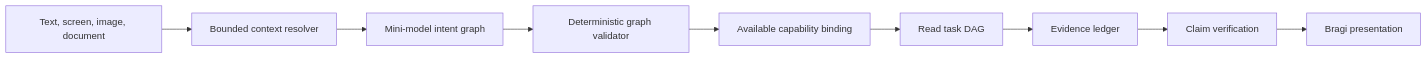
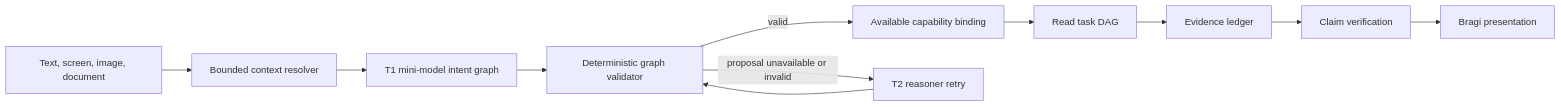
The diagram in docs/roadmap/interfaces/hierarchical-conversation-planning-ko.md (dotnetpower/fdai), drawn with Mermaid before and after one commit. The commit also changed other lines of this file and 12 other files, not shown here.

````diff
--- a/docs/roadmap/interfaces/hierarchical-conversation-planning-ko.md
+++ b/docs/roadmap/interfaces/hierarchical-conversation-planning-ko.md
@@ -20,11 +20,13 @@
 ```mermaid
 flowchart LR
     INPUT[Text, screen, image, document] --> CONTEXT[Bounded context resolver]
-    CONTEXT --> PLAN[Mini-model intent graph]
+    CONTEXT --> PLAN[T1 mini-model intent graph]
     PLAN --> VALIDATE[Deterministic graph validator]
-    VALIDATE --> BIND[Available capability binding]
+    VALIDATE -->|valid| BIND[Available capability binding]
+    VALIDATE -->|proposal unavailable or invalid| ESCALATE[T2 reasoner retry]
+    ESCALATE --> VALIDATE
     BIND --> DAG[Read task DAG]
     DAG --> EVIDENCE[Evidence ledger]
     EVIDENCE --> VERIFY[Claim verification]
     VERIFY --> BRAGI[Bragi presentation]
 ```
````
